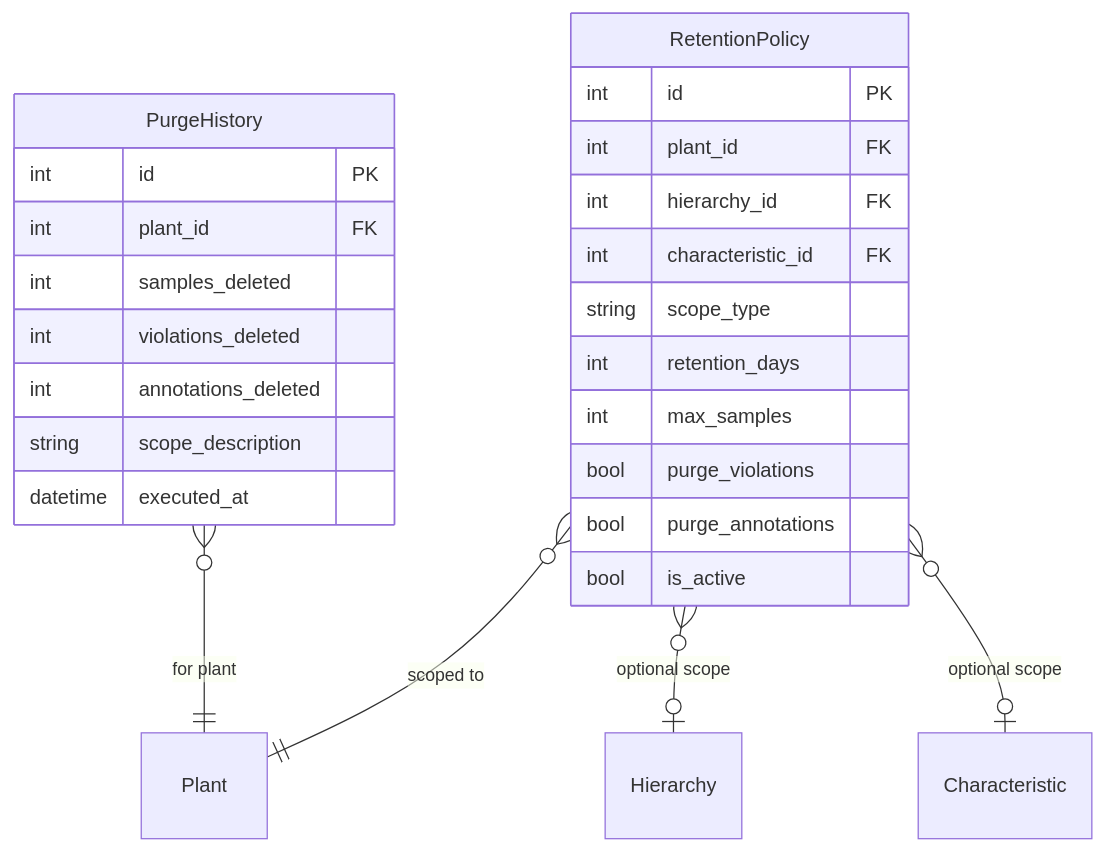
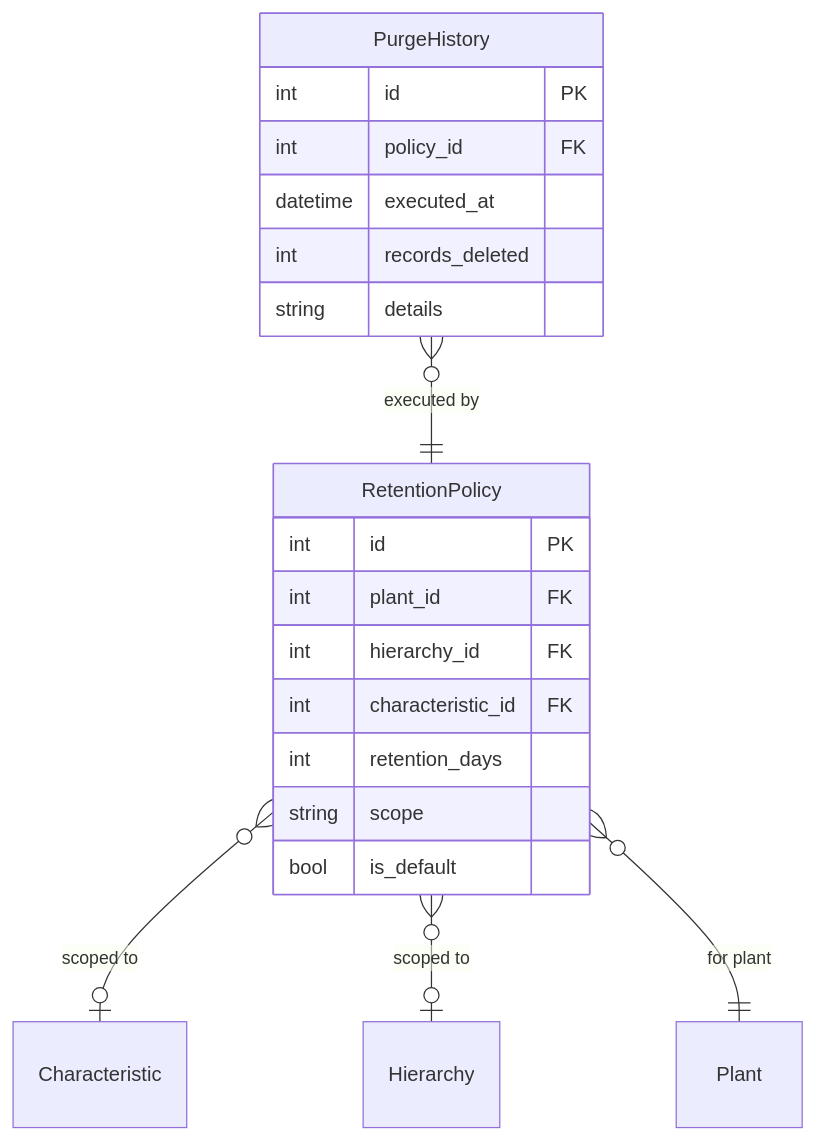
One commit to saturnis-io/cassini changed the second of 2 diagrams in .knowledge/features/retention.md. Above: the diagram before and after it, drawn with Mermaid. The commit also changed other lines of this file and 15 other files, not shown here.

Commit message:
knowledge-graph: regenerate

````diff
--- a/.knowledge/features/retention.md
+++ b/.knowledge/features/retention.md
@@ -32,28 +27,23 @@
 ```mermaid
 erDiagram
-    RetentionPolicy }o--|| Plant : "scoped to"
-    RetentionPolicy }o--o| Hierarchy : "optional scope"
-    RetentionPolicy }o--o| Characteristic : "optional scope"
-    PurgeHistory }o--|| Plant : "for plant"
+    RetentionPolicy }o--o| Characteristic : "scoped to"
+    RetentionPolicy }o--o| Hierarchy : "scoped to"
+    RetentionPolicy }o--|| Plant : "for plant"
+    PurgeHistory }o--|| RetentionPolicy : "executed by"
     RetentionPolicy {
         int id PK
         int plant_id FK
         int hierarchy_id FK
         int characteristic_id FK
-        string scope_type
         int retention_days
-        int max_samples
-        bool purge_violations
-        bool purge_annotations
-        bool is_active
+        string scope
+        bool is_default
     }
     PurgeHistory {
         int id PK
-        int plant_id FK
-        int samples_deleted
-        int violations_deleted
-        int annotations_deleted
-        string scope_description
+        int policy_id FK
         datetime executed_at
+        int records_deleted
+        string details
     }
 ```
````
